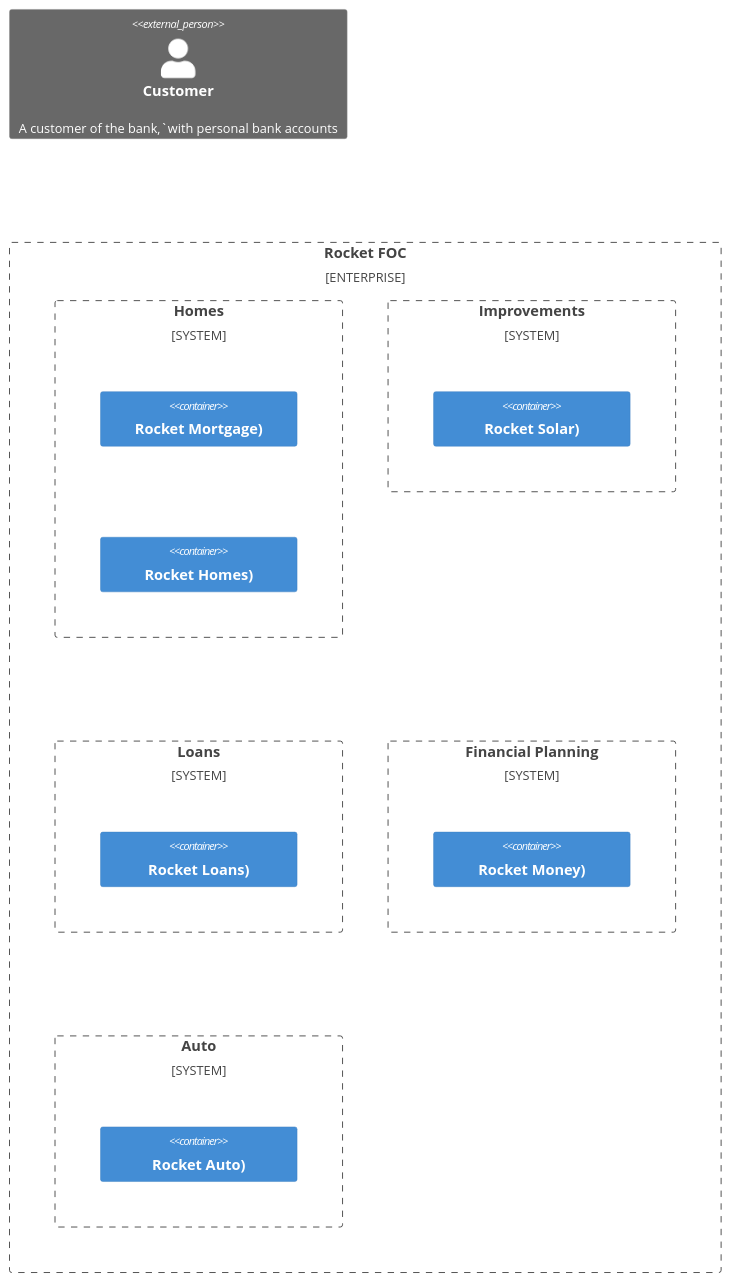
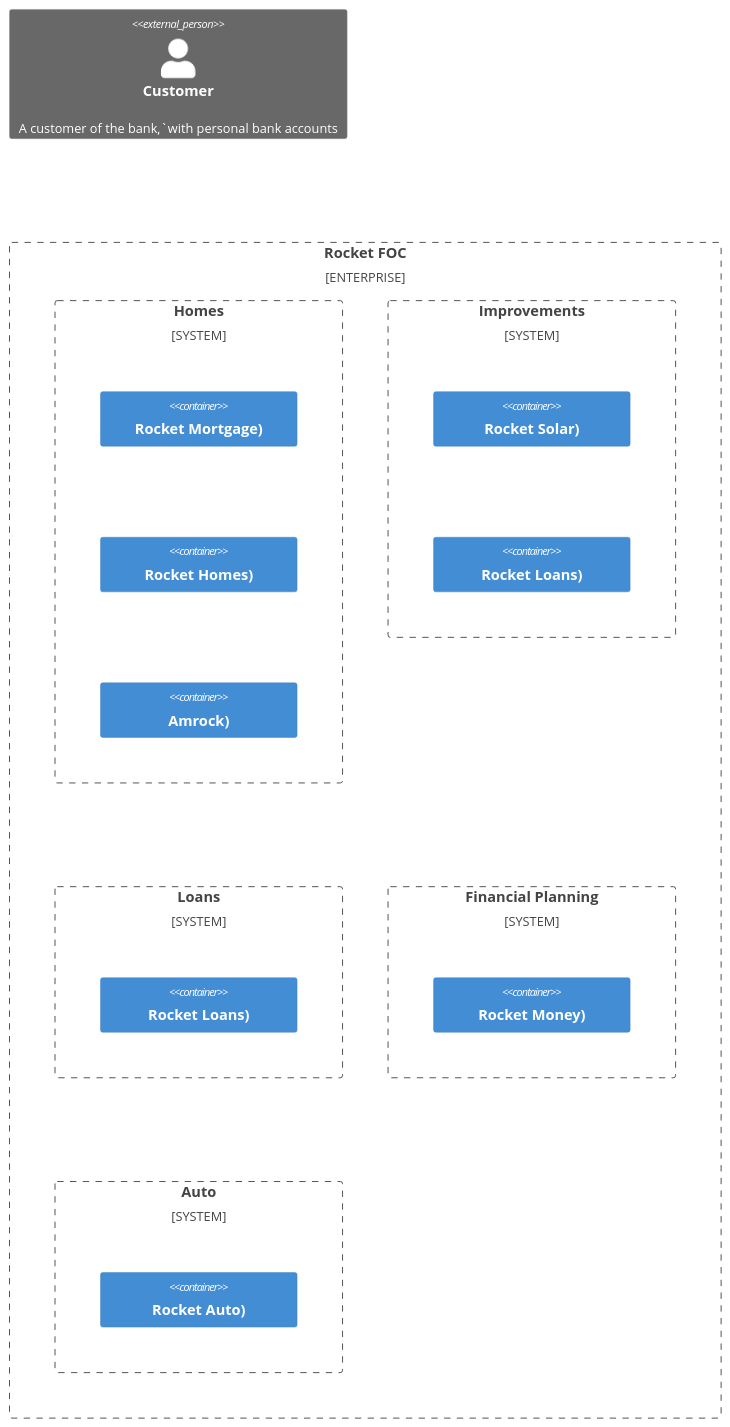
One commit to NJ-Brad/c4dsl changed the diagram in src/moments.md. Above: the diagram before and after it, drawn with Mermaid.

Commit message:
Made identifiers unique

````diff
--- a/src/moments.md
+++ b/src/moments.md
@@ -1,25 +1,25 @@
 ```mermaid
 C4Component
     Person_Ext(customer, "Customer", "A customer of the bank,`with personal bank accounts")
     Enterprise_Boundary(e1, "Rocket FOC") {
         System_Boundary(h, "Homes") {
             Container(mrtg, "Rocket Mortgage)")
             Container(rkthomes, "Rocket Homes)")
             Container(amrock, "Amrock)")
         }
         System_Boundary(i, "Improvements") {
             Container(solar, "Rocket Solar)")
             Container(loans, "Rocket Loans)")
         }
         System_Boundary(l, "Loans") {
-            Container(loans, "Rocket Loans)")
+            Container(l.loans, "Rocket Loans)")
         }
         System_Boundary(f, "Financial Planning") {
             Container(money, "Rocket Money)")
         }
         System_Boundary(a, "Auto") {
-            Container(amrock, "Rocket Auto)")
+            Container(a.auto, "Rocket Auto)")
         }
     }
 
 ```
````
